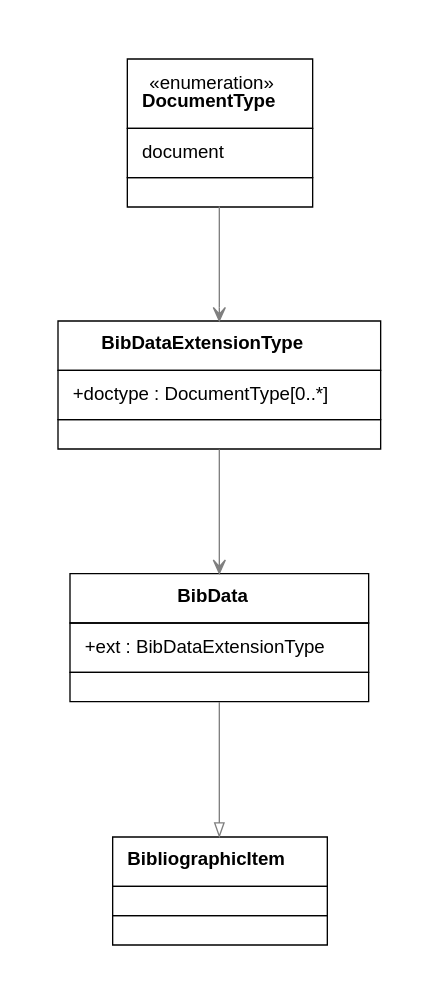
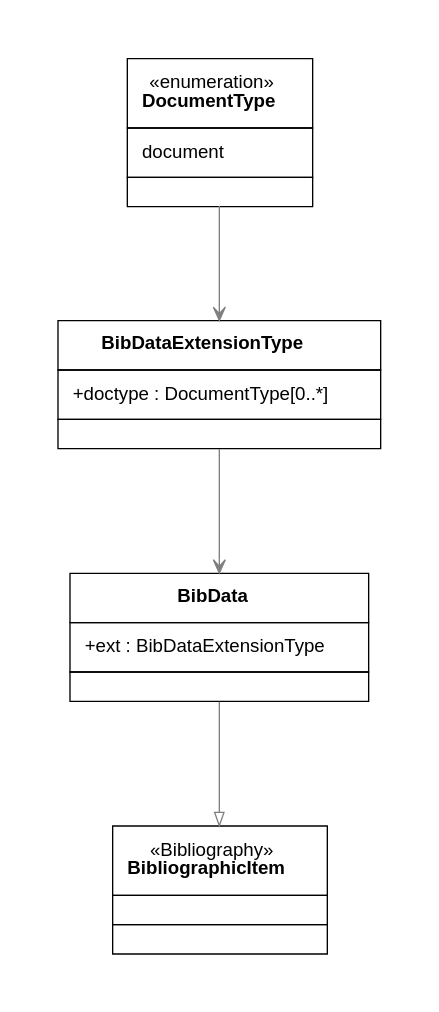
Before and after one commit to metanorma/basicdoc-models: the diagram in models/BibData.dot, drawn with Graphviz. The commit also changed 35 other files, not shown here.

```diff
--- a/models/BibData.dot
+++ b/models/BibData.dot
@@ -1,112 +1,112 @@
 digraph G {
   graph [splines="ortho" pad=0.5 ranksep="1.2.equally" nodesep="1.2.equally"]
   edge [color="gray50"]
   node [shape="box" fontname="Helvetica-bold"]
 
   BibliographicItem [
     shape="plain"
     fontname="Helvetica"
     label=<<TABLE BORDER="0" CELLBORDER="1" CELLSPACING="0" CELLPADDING="10">
     <TR>
     <TD><TABLE BORDER="0" CELLPADDING="0" CELLSPACING="0">
-    <TR><TD ALIGN="CENTER"><B>BibliographicItem</B></TD></TR>
+    <TR><TD ALIGN="CENTER">«Bibliography»</TD></TR>\n<TR><TD ALIGN="CENTER"><B>BibliographicItem</B></TD></TR>
   </TABLE>
   </TD>
   </TR>
   
   <TR>
     <TD><TABLE BORDER="0" CELLPADDING="0" CELLSPACING="0">
     <TR><TD ALIGN="LEFT"></TD></TR>
   </TABLE></TD>
   </TR>
   
   <TR>
     <TD><TABLE BORDER="0" CELLPADDING="0" CELLSPACING="0">
     <TR><TD ALIGN="LEFT"></TD></TR>
   </TABLE></TD>
   </TR>
   
   </TABLE>>]
   
   BibData [
     shape="plain"
     fontname="Helvetica"
     label=<<TABLE BORDER="0" CELLBORDER="1" CELLSPACING="0" CELLPADDING="10">
     <TR>
     <TD><TABLE BORDER="0" CELLPADDING="0" CELLSPACING="0">
     <TR><TD ALIGN="CENTER"><B>BibData</B></TD></TR>
   </TABLE>
   </TD>
   </TR>
   
   <TR>
     <TD><TABLE BORDER="0" CELLPADDING="0" CELLSPACING="0">
               <TR><TD ALIGN="LEFT">+ext : BibDataExtensionType</TD></TR>
   </TABLE>
         </TD>
   </TR>
   
   <TR>
     <TD><TABLE BORDER="0" CELLPADDING="0" CELLSPACING="0">
     <TR><TD ALIGN="LEFT"></TD></TR>
   </TABLE></TD>
   </TR>
   
   </TABLE>>]
   
   BibDataExtensionType [
     shape="plain"
     fontname="Helvetica"
     label=<<TABLE BORDER="0" CELLBORDER="1" CELLSPACING="0" CELLPADDING="10">
     <TR>
     <TD><TABLE BORDER="0" CELLPADDING="0" CELLSPACING="0">
     <TR><TD ALIGN="CENTER"><B>BibDataExtensionType</B></TD></TR>
   </TABLE>
   </TD>
   </TR>
   
   <TR>
     <TD><TABLE BORDER="0" CELLPADDING="0" CELLSPACING="0">
               <TR><TD ALIGN="LEFT">+doctype : DocumentType&#91;0..*&#93;</TD></TR>
   </TABLE>
         </TD>
   </TR>
   
   <TR>
     <TD><TABLE BORDER="0" CELLPADDING="0" CELLSPACING="0">
     <TR><TD ALIGN="LEFT"></TD></TR>
   </TABLE></TD>
   </TR>
   
   </TABLE>>]
   
   DocumentType [
     shape="plain"
     fontname="Helvetica"
     label=<<TABLE BORDER="0" CELLBORDER="1" CELLSPACING="0" CELLPADDING="10">
     <TR>
     <TD><TABLE BORDER="0" CELLPADDING="0" CELLSPACING="0">
     <TR><TD ALIGN="CENTER">«enumeration»</TD></TR>\n<TR><TD ALIGN="CENTER"><B>DocumentType</B></TD></TR>
   </TABLE>
   </TD>
   </TR>
   
   <TR>
     <TD><TABLE BORDER="0" CELLPADDING="0" CELLSPACING="0">
               <TR><TD ALIGN="LEFT">document</TD></TR>
   </TABLE>
         </TD>
   </TR>
   
   <TR>
     <TD><TABLE BORDER="0" CELLPADDING="0" CELLSPACING="0">
     <TR><TD ALIGN="LEFT"></TD></TR>
   </TABLE></TD>
   </TR>
   
   </TABLE>>]
 
   BibData -> BibliographicItem [dir="direct" arrowtail="onormal" arrowhead="onormal"]
   BibDataExtensionType -> BibData [dir="direct" arrowtail="onormal" arrowhead="vee"]
   DocumentType -> BibDataExtensionType [dir="direct" arrowtail="onormal" arrowhead="vee"]
 }
```
